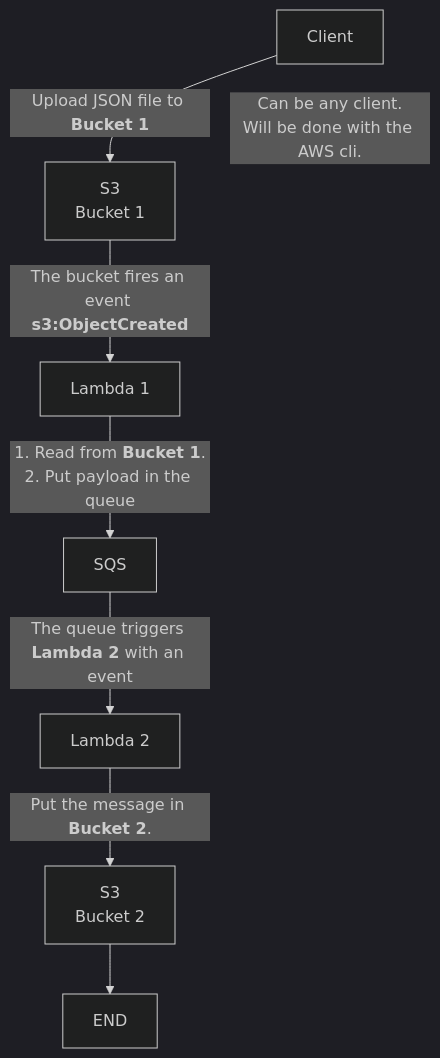
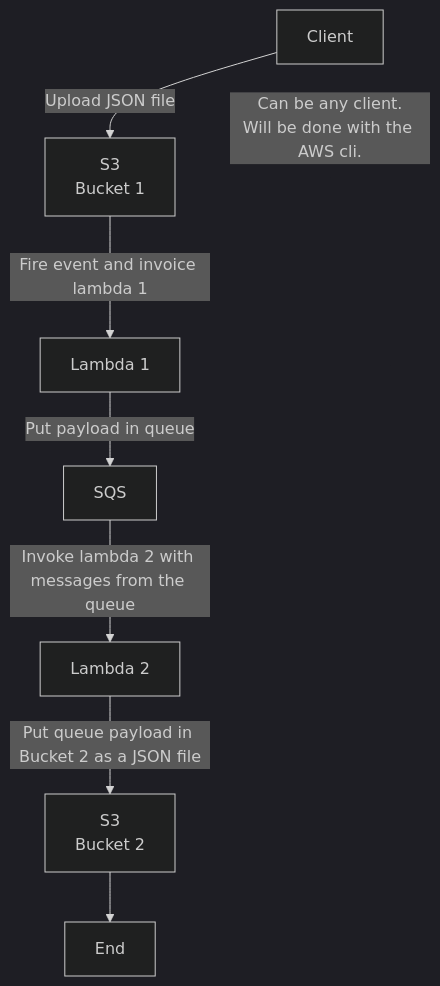
One commit to magdyamr542/terraform-aws changed the diagram in README.md. Above: the diagram before and after it, drawn with Mermaid (dark theme).

````diff
--- a/README.md
+++ b/README.md
@@ -3,11 +3,10 @@
 ```mermaid
 flowchart TB
-   Client[Client] --Upload JSON file to <strong>Bucket 1</strong>--> S3[S3\nBucket 1]
+   Client[Client] --Upload JSON file--> S3
    Client ~~~|"Can be any client.\nWill be done with the AWS cli."| Client
-   S3[S3\nBucket 1] --The bucket fires an event <strong>s3:ObjectCreated</strong> --> Lambda1[Lambda 1]
-   Lambda1[Lambda 1] --1. Read from <strong>Bucket 1</strong>.\n2. Put payload in the queue--> SQS[SQS]
-   SQS[SQS] --The queue triggers <strong>Lambda 2</strong> with an event--> Lambda_2[Lambda 2]
-   Lambda_2[Lambda 2] --Put the message in <strong>Bucket 2</strong>.--> Bucket_2[Bucket 2]
-   Bucket_2[S3\nBucket 2] --> END
-
+   S3[S3\nBucket 1] --Fire event and invoice lambda 1--> Lambda
+   Lambda[Lambda 1] --Put payload in queue--> SQS
+   SQS --Invoke lambda 2 with messages from the queue--> Lambda_2
+   Lambda_2[Lambda 2] --Put queue payload in Bucket 2 as a JSON file--> S3_2
+   S3_2[S3\nBucket 2] -->End
 ```
````
